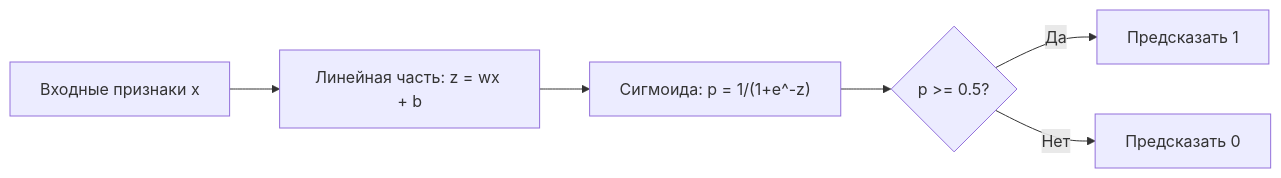
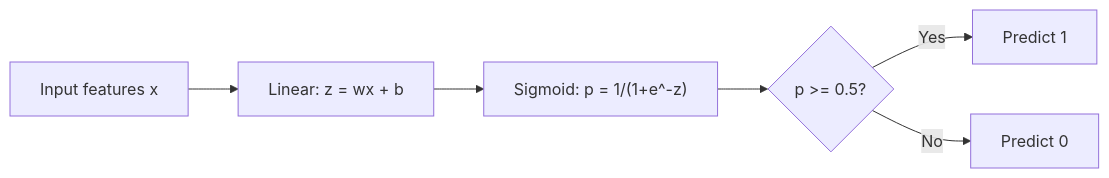
Before and after one commit to stabuev/ai-engineering-from-scratch: the first of 2 diagrams in phases/02-ml-fundamentals/03-logistic-regression/docs/ru.md, drawn with Mermaid. The commit also changed other lines of this file and 182 other files, not shown here.

````diff
--- a/phases/02-ml-fundamentals/03-logistic-regression/docs/ru.md
+++ b/phases/02-ml-fundamentals/03-logistic-regression/docs/ru.md
@@ -64,8 +64,8 @@
 ```mermaid
 flowchart LR
-    X[Входные признаки x] --> L["Линейная часть: z = wx + b"]
-    L --> S["Сигмоида: p = 1/(1+e^-z)"]
+    X[Input features x] --> L["Linear: z = wx + b"]
+    L --> S["Sigmoid: p = 1/(1+e^-z)"]
     S --> D{"p >= 0.5?"}
-    D -->|Да| P[Предсказать 1]
-    D -->|Нет| N[Предсказать 0]
+    D -->|Yes| P[Predict 1]
+    D -->|No| N[Predict 0]
 ```
````
